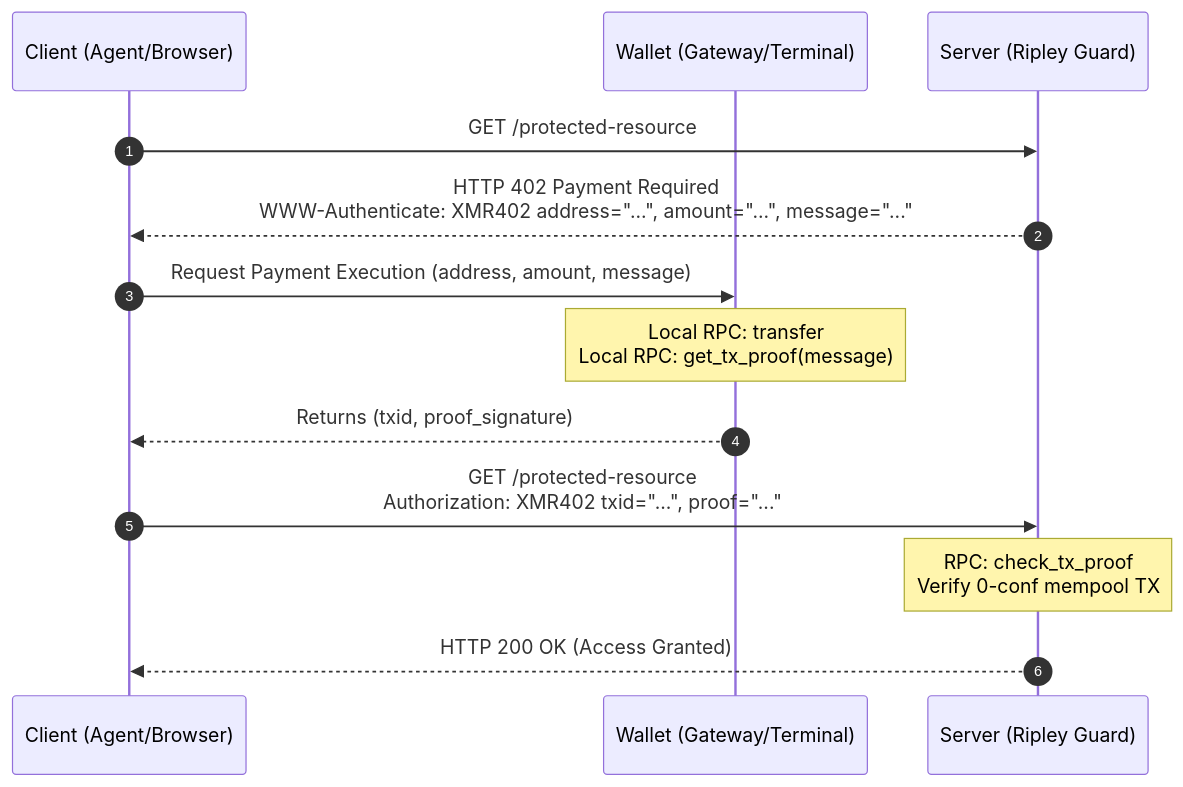
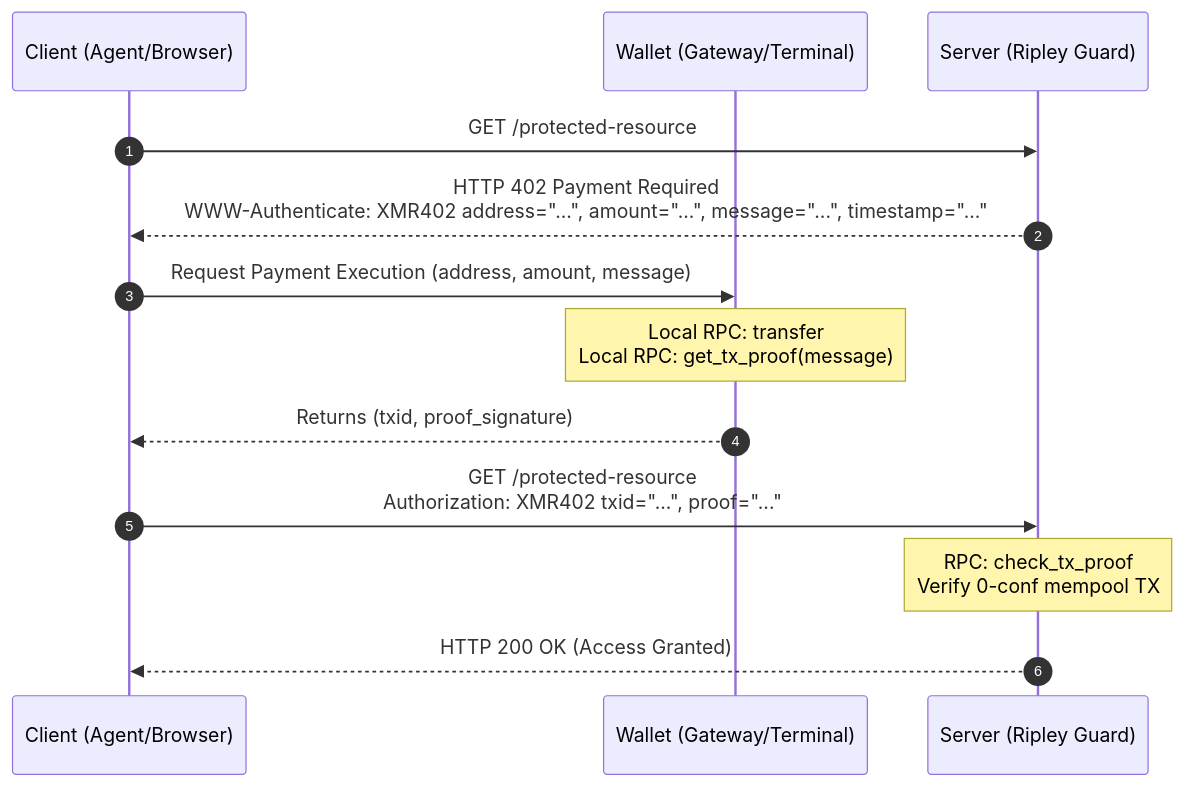
One commit to xmr402/xmr402-org changed the diagram in SPEC.md. Above: the diagram before and after it, drawn with Mermaid. The commit also changed 1 other file, not shown here.

Commit message:
docs: include timestamp in Mermaid diagrams for v1.0.1

````diff
--- a/SPEC.md
+++ b/SPEC.md
@@ -9,21 +9,21 @@
 ```mermaid
 sequenceDiagram
     autonumber
     participant C as Client (Agent/Browser)
     participant W as Wallet (Gateway/Terminal)
     participant S as Server (Ripley Guard)
 
     C->>S: GET /protected-resource
-    S-->>C: HTTP 402 Payment Required<br/>WWW-Authenticate: XMR402 address="...", amount="...", message="..."
+    S-->>C: HTTP 402 Payment Required<br/>WWW-Authenticate: XMR402 address="...", amount="...", message="...", timestamp="..."
     
     C->>W: Request Payment Execution (address, amount, message)
     
     Note over W: Local RPC: transfer<br/>Local RPC: get_tx_proof(message)
     
     W-->>C: Returns (txid, proof_signature)
     
     C->>S: GET /protected-resource<br/>Authorization: XMR402 txid="...", proof="..."
     
     Note over S: RPC: check_tx_proof<br/>Verify 0-conf mempool TX
     S-->>C: HTTP 200 OK (Access Granted)
 ```
````
